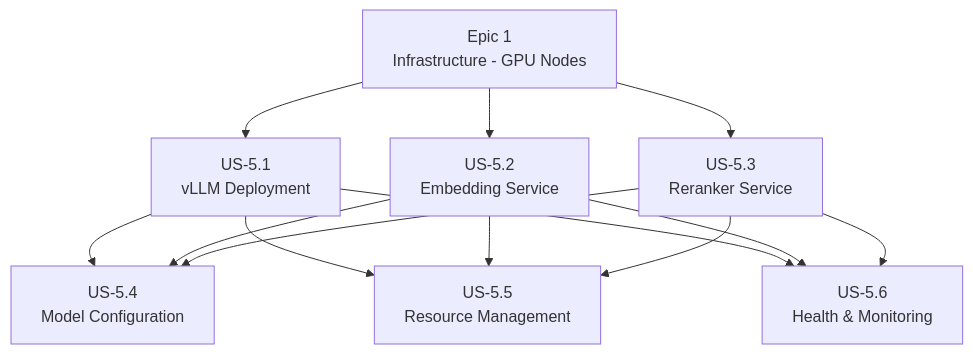
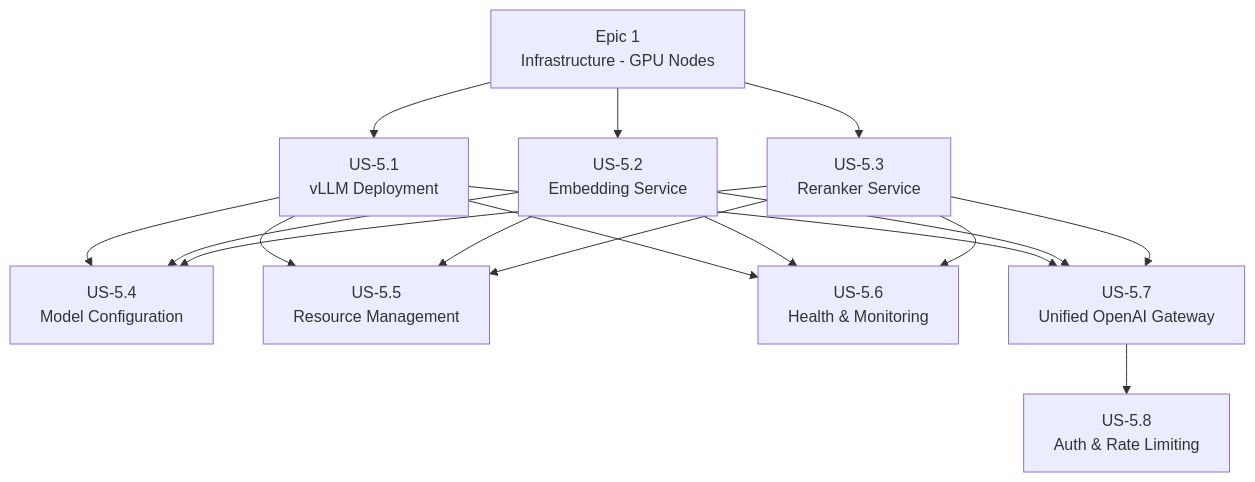
The diagram in workflow/refined/05-llm-serving/README.md (RogierKonings/ultimate-rag-pipeline), drawn with Mermaid before and after one commit. The commit also changed other lines of this file and 21 other files, not shown here.

````diff
--- a/workflow/refined/05-llm-serving/README.md
+++ b/workflow/refined/05-llm-serving/README.md
@@ -40,15 +42,19 @@
 ```mermaid
 flowchart TD
     E1[Epic 1<br/>Infrastructure - GPU Nodes] --> US51[US-5.1<br/>vLLM Deployment]
     E1 --> US52[US-5.2<br/>Embedding Service]
     E1 --> US53[US-5.3<br/>Reranker Service]
     US51 --> US54[US-5.4<br/>Model Configuration]
     US52 --> US54
     US53 --> US54
     US51 --> US55[US-5.5<br/>Resource Management]
     US52 --> US55
     US53 --> US55
     US51 --> US56[US-5.6<br/>Health & Monitoring]
     US52 --> US56
     US53 --> US56
+    US51 --> US57[US-5.7<br/>Unified OpenAI Gateway]
+    US52 --> US57
+    US53 --> US57
+    US57 --> US58[US-5.8<br/>Auth & Rate Limiting]
 ```
````
